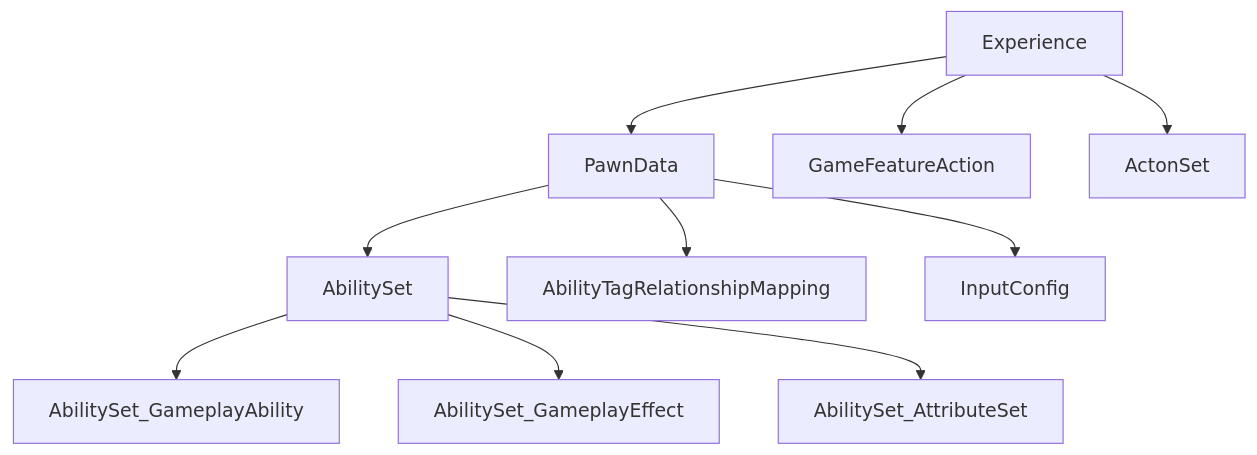
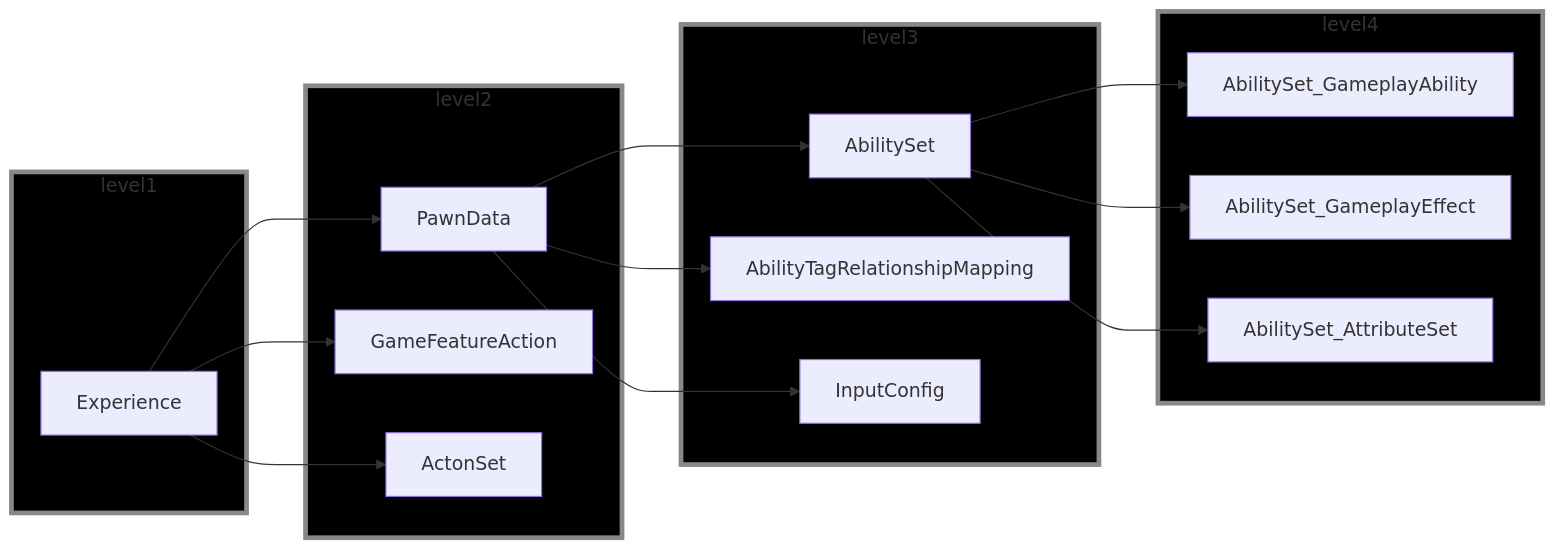
One commit to AkiyamaZw/neta_note changed the diagram in docs/blog/posts/ue_lyra.md. Above: the diagram before and after it, drawn with Mermaid. The commit also changed other lines of this file, not shown here.

Commit message:
modify  graph style

````diff
--- a/docs/blog/posts/ue_lyra.md
+++ b/docs/blog/posts/ue_lyra.md
@@ -15,14 +15,31 @@
 ```mermaid
-flowchart
-direction RL
-Experience -->PawnData
-Experience -->GameFeatureAction
-Experience -->ActonSet
+graph LR
+
+subgraph level1
+    Experience
+end
+
+subgraph level2
+    Experience -->PawnData
+    Experience -->GameFeatureAction
+    Experience -->ActonSet
+end
+
+subgraph level3
 PawnData-->AbilitySet
 PawnData-->AbilityTagRelationshipMapping
 PawnData-->InputConfig
+end
+
+subgraph level4
 AbilitySet-->AbilitySet_GameplayAbility
 AbilitySet-->AbilitySet_GameplayEffect
 AbilitySet-->AbilitySet_AttributeSet
+end
+
+style level1 fill:#000, stroke:#888,stroke-width:4px
+style level2 fill:#000, stroke:#888,stroke-width:4px
+style level3 fill:#000, stroke:#888,stroke-width:4px
+style level4 fill:#000, stroke:#888,stroke-width:4px
 
 ```
````
